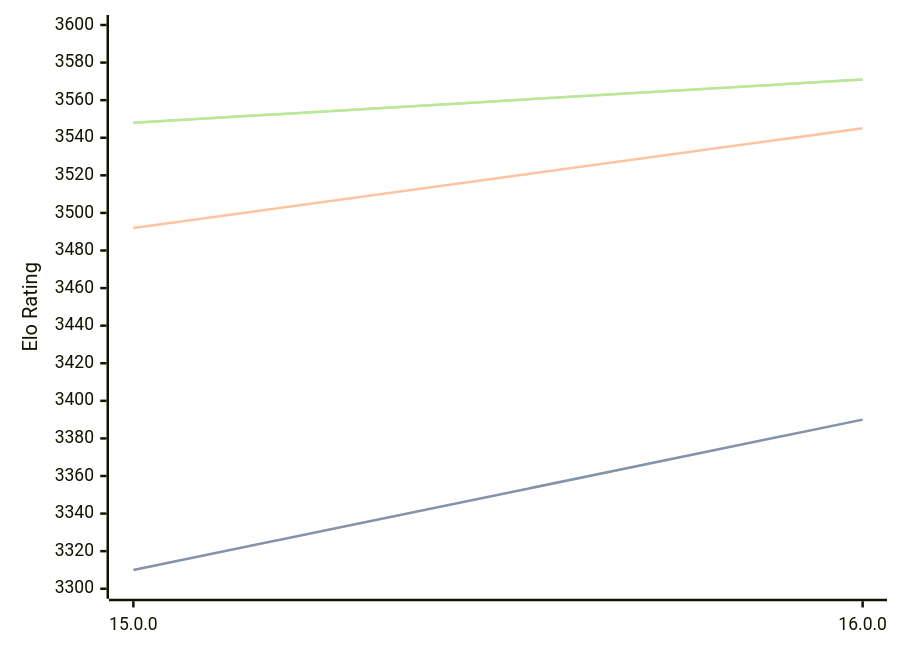
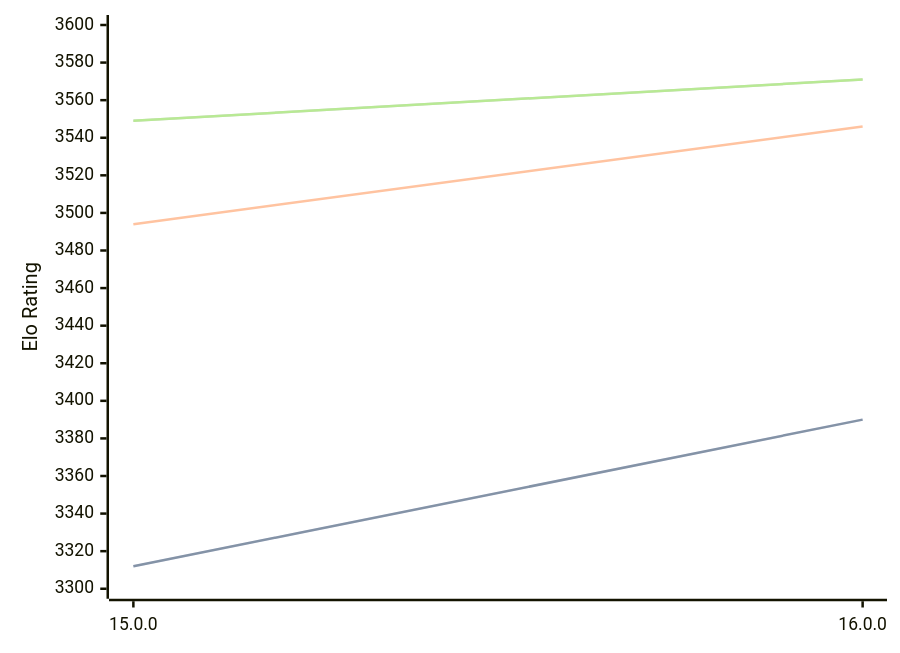
Before and after one commit to computer-chess-index/cci: the diagram in engines/Halogen.md, drawn with Mermaid. The commit also changed other lines of this file, not shown here.

Commit message:
Update CCI Ratings (ELO VLTC) - 2026-04-01

````diff
--- a/engines/Halogen.md
+++ b/engines/Halogen.md
@@ -50,11 +50,11 @@
 ```mermaid
 %%{init: {"theme":"base","themeVariables":{"seriesColors:['#a3a3a3','#222221','#faa371']}}}%%
 xychart-beta
   x-axis ["15.0.0", "16.0.0"]
   y-axis "Elo Rating" 3300 --> 3600
-  line "STC (8.0+0.08s)" [3310, 3390]
-  line "STC (8.0+0.08s)" [3310, 3390]
-  line "LTC (60.0+0.60s)" [3492, 3545]
-  line "VLTC (2m24s+1.12s)" [3548, 3571]
-  line "VLTC (2m24s+1.12s)" [3548, 3571]
+  line "STC (8.0+0.08s)" [3312, 3390]
+  line "STC (8.0+0.08s)" [3312, 3390]
+  line "LTC (60.0+0.60s)" [3494, 3546]
+  line "VLTC (2m24s+1.12s)" [3549, 3571]
+  line "VLTC (2m24s+1.12s)" [3549, 3571]
 ```
````
